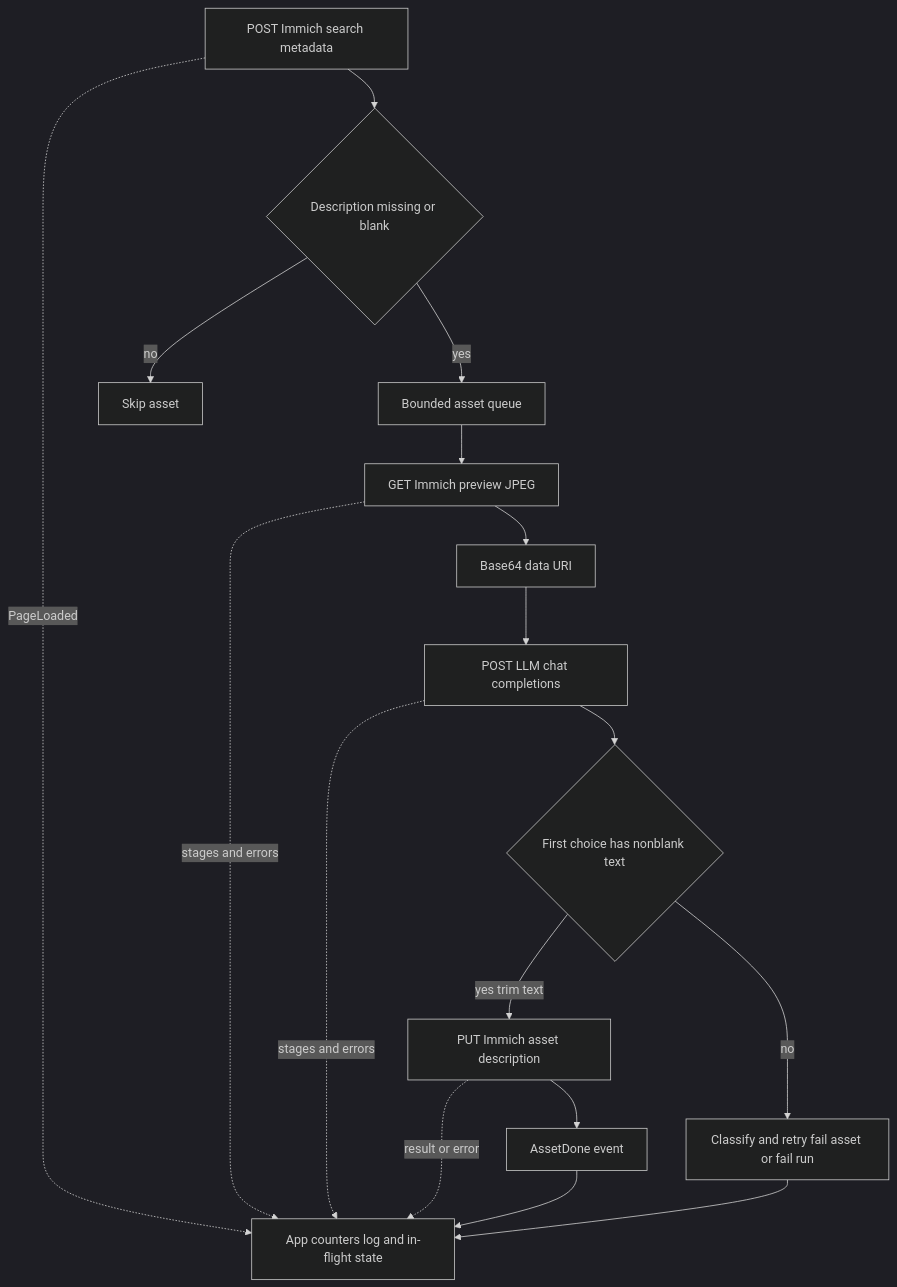
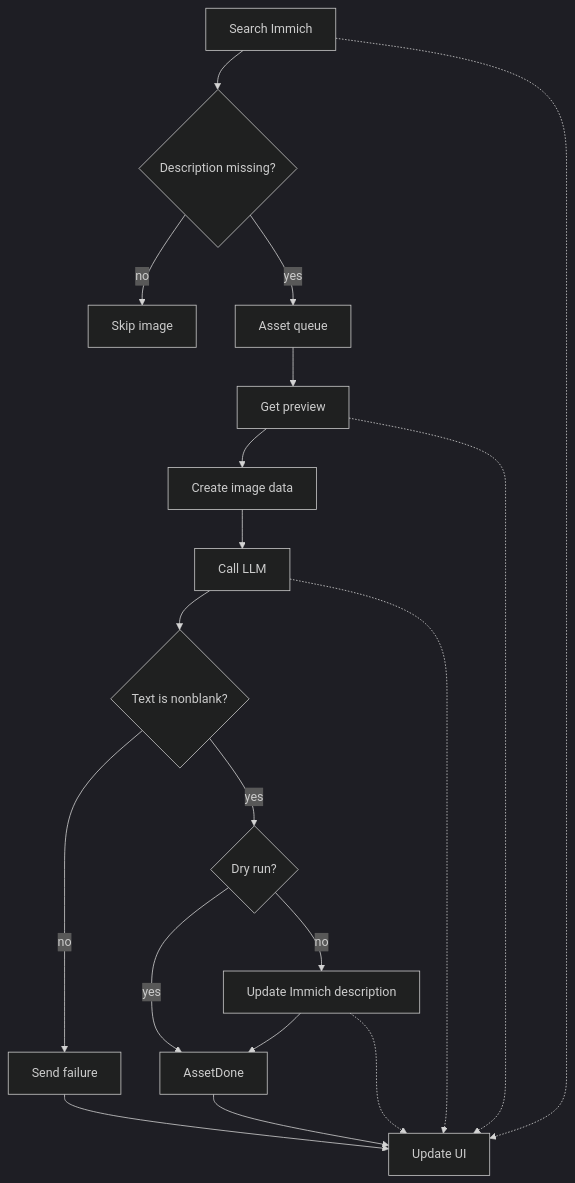
The fourth of 4 diagrams in ARCHITECTURE.md (brunojppb/immich-alt-text), drawn with Mermaid (dark theme) before and after one commit. The commit also changed other lines of this file and 1 other file, not shown here.

````diff
--- a/ARCHITECTURE.md
+++ b/ARCHITECTURE.md
@@ -188,32 +243,35 @@
 ```mermaid
 flowchart TD
-    Search[POST Immich search metadata]
-    Filter{Description missing or blank}
-    Queue[Bounded asset queue]
-    Preview[GET Immich preview JPEG]
-    Encode[Base64 data URI]
-    Complete[POST LLM chat completions]
-    Text{First choice has nonblank text}
-    Write[PUT Immich asset description]
-    Done[AssetDone event]
-    Skip[Skip asset]
-    Fail[Classify and retry fail asset or fail run]
-    UI[App counters log and in-flight state]
+    Search[Search Immich]
+    Filter{Description missing?}
+    Queue[Asset queue]
+    Preview[Get preview]
+    Encode[Create image data]
+    Complete[Call LLM]
+    Text{Text is nonblank?}
+    DryRun{Dry run?}
+    Write[Update Immich description]
+    Done[AssetDone]
+    Skip[Skip image]
+    Fail[Send failure]
+    UI[Update UI]
 
     Search --> Filter
     Filter -->|no| Skip
     Filter -->|yes| Queue
     Queue --> Preview
     Preview --> Encode
     Encode --> Complete
     Complete --> Text
-    Text -->|yes trim text| Write
     Text -->|no| Fail
+    Text -->|yes| DryRun
+    DryRun -->|yes| Done
+    DryRun -->|no| Write
     Write --> Done
-    Search -. PageLoaded .-> UI
-    Preview -. stages and errors .-> UI
-    Complete -. stages and errors .-> UI
-    Write -. result or error .-> UI
+    Search -.-> UI
+    Preview -.-> UI
+    Complete -.-> UI
+    Write -.-> UI
     Done --> UI
     Fail --> UI
 ```
````
